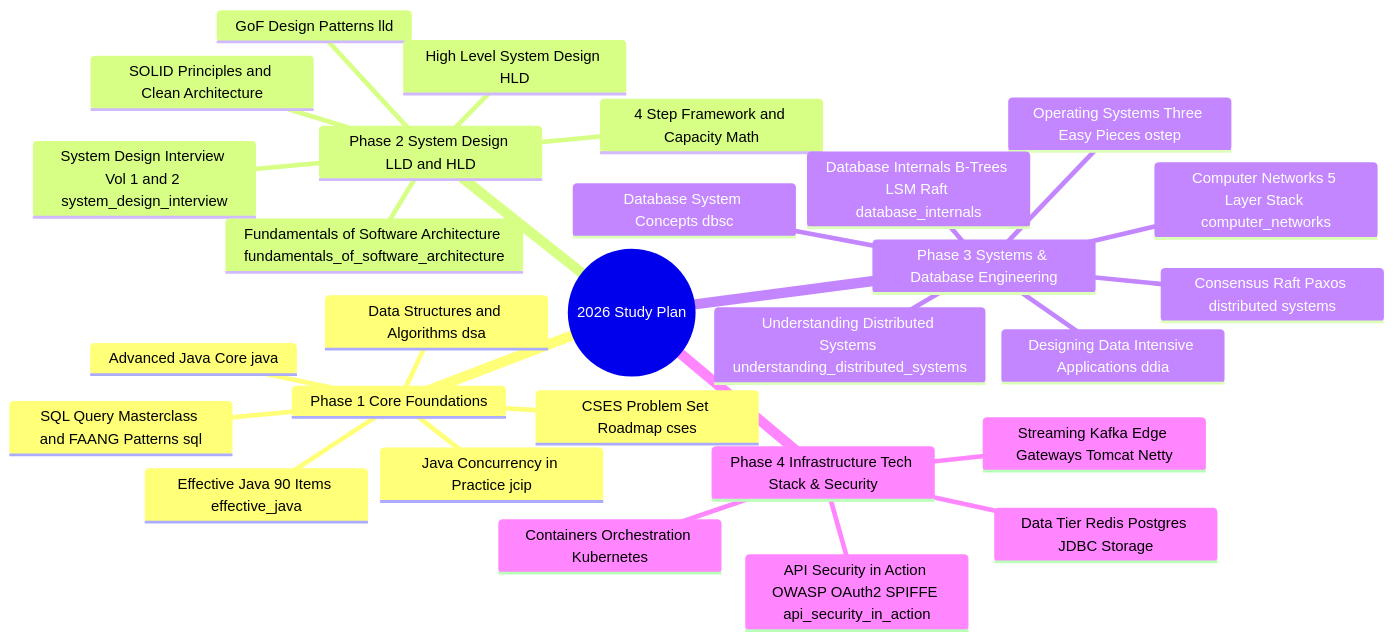
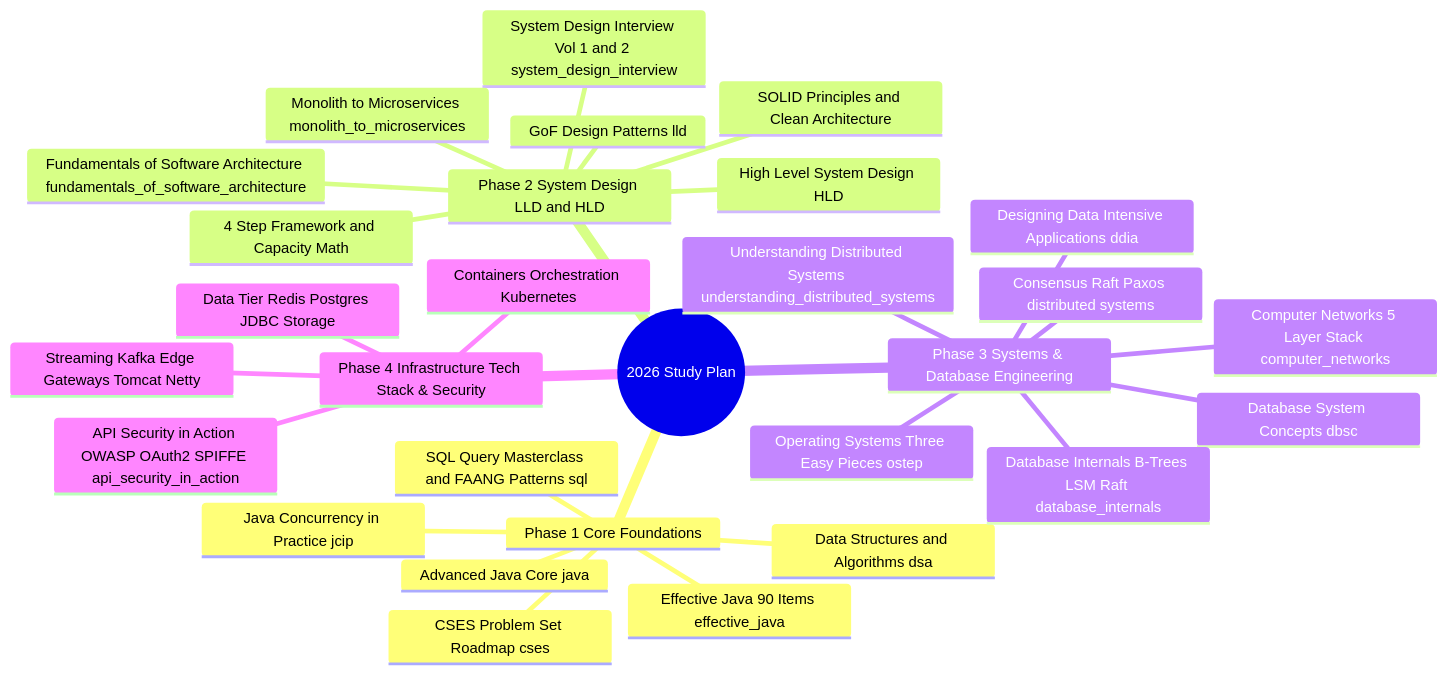
The diagram in STUDY_PLAN_2026.md (chauhankartik/private-2026), drawn with Mermaid before and after one commit. The commit also changed other lines of this file and 5 other files, not shown here.

Commit message:
feat(microservices): add Monolith to Microservices module with 4 detailed guides across refactoring patterns, DB splitting, outbox pattern, CDC, and canary traffic routing with Mermaid diagrams

````diff
--- a/STUDY_PLAN_2026.md
+++ b/STUDY_PLAN_2026.md
@@ -9,31 +9,32 @@
 ```mermaid
 mindmap
   root((2026 Study Plan))
     Phase 1 Core Foundations
       Data Structures and Algorithms dsa
       CSES Problem Set Roadmap cses
       Advanced Java Core java
       Effective Java 90 Items effective_java
       Java Concurrency in Practice jcip
       SQL Query Masterclass and FAANG Patterns sql
     Phase 2 System Design LLD and HLD
       SOLID Principles and Clean Architecture
       GoF Design Patterns lld
       High Level System Design HLD
       4 Step Framework and Capacity Math
       System Design Interview Vol 1 and 2 system_design_interview
       Fundamentals of Software Architecture fundamentals_of_software_architecture
+      Monolith to Microservices monolith_to_microservices
     Phase 3 Systems & Database Engineering
       Operating Systems Three Easy Pieces ostep
       Computer Networks 5 Layer Stack computer_networks
       Database System Concepts dbsc
       Database Internals B-Trees LSM Raft database_internals
       Designing Data Intensive Applications ddia
       Consensus Raft Paxos distributed systems
       Understanding Distributed Systems understanding_distributed_systems
     Phase 4 Infrastructure Tech Stack & Security
       Data Tier Redis Postgres JDBC Storage
       Streaming Kafka Edge Gateways Tomcat Netty
       Containers Orchestration Kubernetes
       API Security in Action OWASP OAuth2 SPIFFE api_security_in_action
 ```
````
